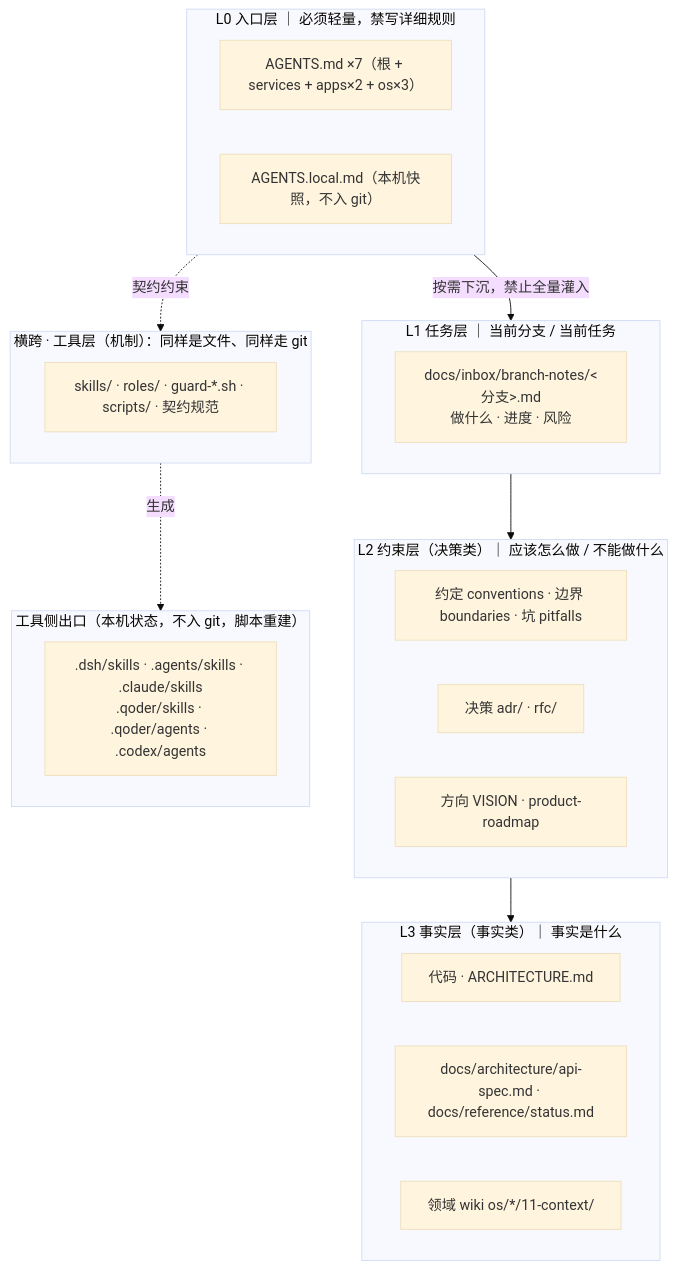
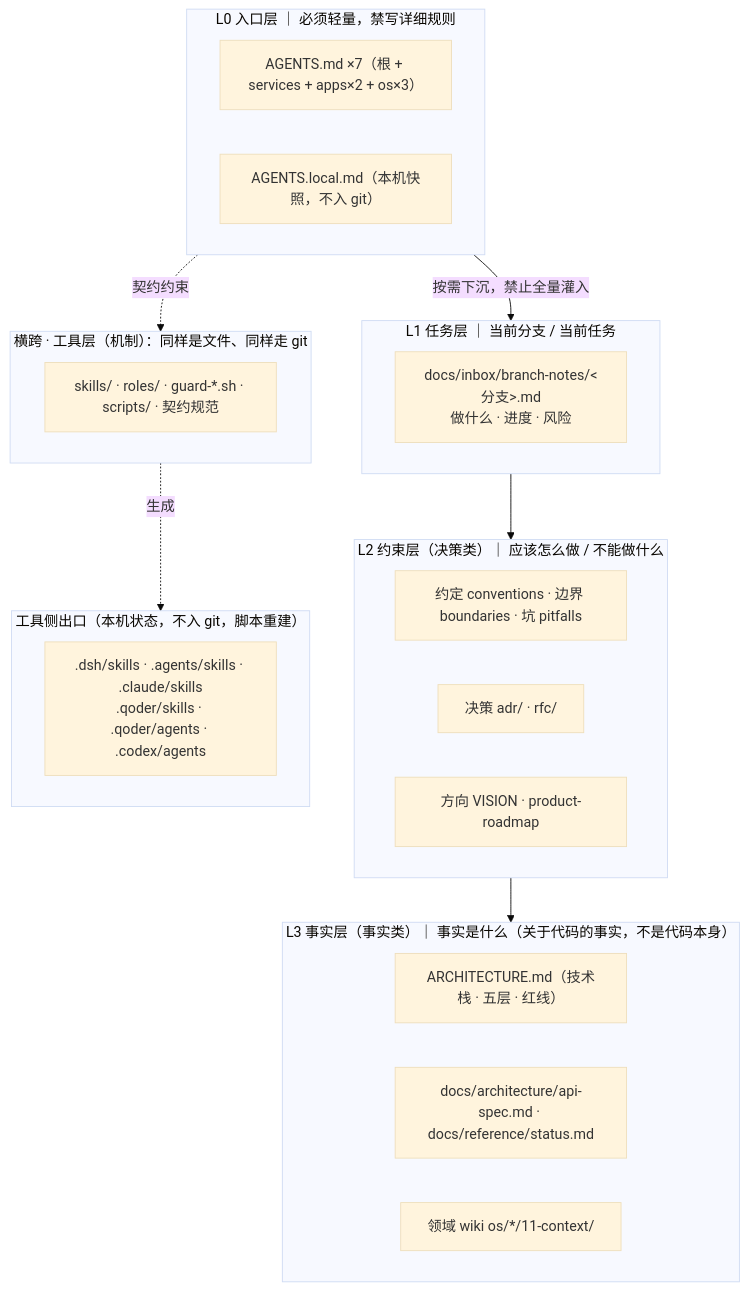
Before and after one commit to adaios/adaios: the first of 7 diagrams in docs/architecture/ai-context-engineering.md, drawn with Mermaid (base theme). The commit also changed other lines of this file, not shown here.

First line of the commit message:
docs(architecture): 方案稿边界修正——代码不是 AI 上下文资产

````diff
--- a/docs/architecture/ai-context-engineering.md
+++ b/docs/architecture/ai-context-engineering.md
@@ -27,31 +27,31 @@
 ```mermaid
 flowchart TB
     subgraph L0["L0 入口层 ｜ 必须轻量，禁写详细规则"]
         A1["AGENTS.md ×7（根 + services + apps×2 + os×3）"]
         A2["AGENTS.local.md（本机快照，不入 git）"]
     end
     subgraph L1["L1 任务层 ｜ 当前分支 / 当前任务"]
         B1["docs/inbox/branch-notes/&lt;分支&gt;.md<br/>做什么 · 进度 · 风险"]
     end
     subgraph L2["L2 约束层（决策类）｜ 应该怎么做 / 不能做什么"]
         C1["约定 conventions · 边界 boundaries · 坑 pitfalls"]
         C2["决策 adr/ · rfc/"]
         C3["方向 VISION · product-roadmap"]
     end
-    subgraph L3["L3 事实层（事实类）｜ 事实是什么"]
-        D1["代码 · ARCHITECTURE.md"]
+    subgraph L3["L3 事实层（事实类）｜ 事实是什么（关于代码的事实，不是代码本身）"]
+        D1["ARCHITECTURE.md（技术栈 · 五层 · 红线）"]
         D2["docs/architecture/api-spec.md · docs/reference/status.md"]
         D3["领域 wiki os/*/11-context/"]
     end
     subgraph TOOL["横跨 · 工具层（机制）：同样是文件、同样走 git"]
         E1["skills/ · roles/ · guard-*.sh · scripts/ · 契约规范"]
     end
     subgraph OUT["工具侧出口（本机状态，不入 git，脚本重建）"]
         F1[".dsh/skills · .agents/skills · .claude/skills<br/>.qoder/skills · .qoder/agents · .codex/agents"]
     end
     L0 -->|按需下沉，禁止全量灌入| L1
     L1 --> L2
     L2 --> L3
     TOOL -.->|生成| OUT
     L0 -.->|契约约束| TOOL
 ```
````
